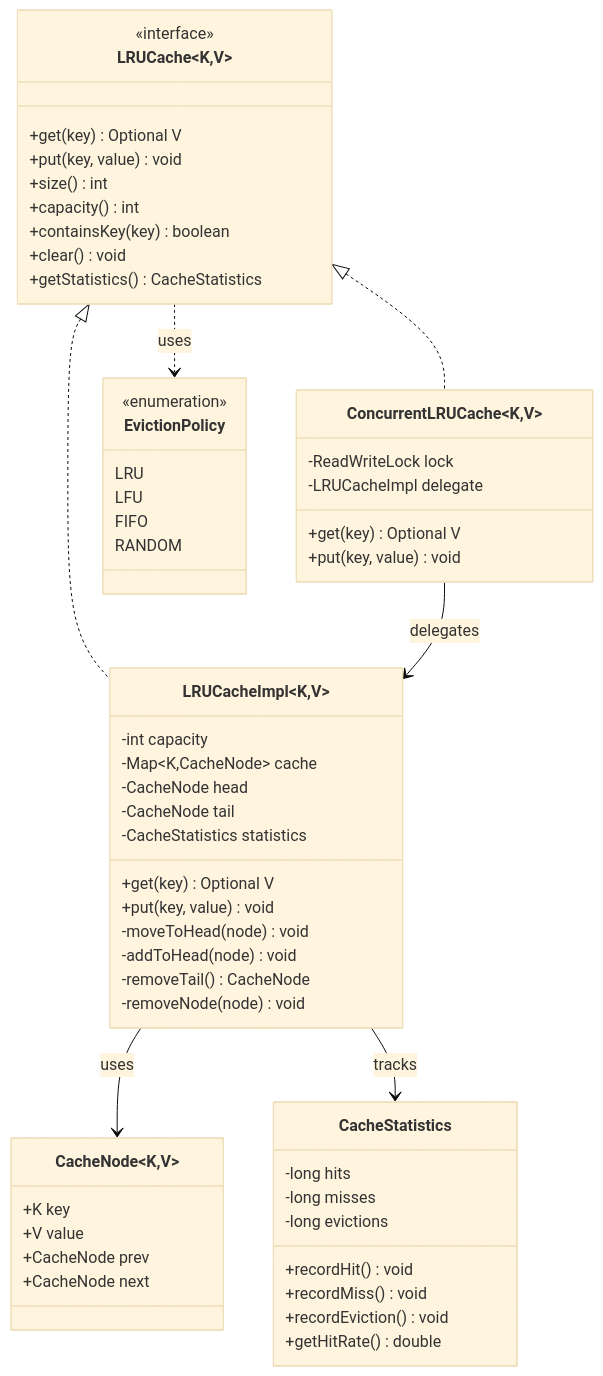
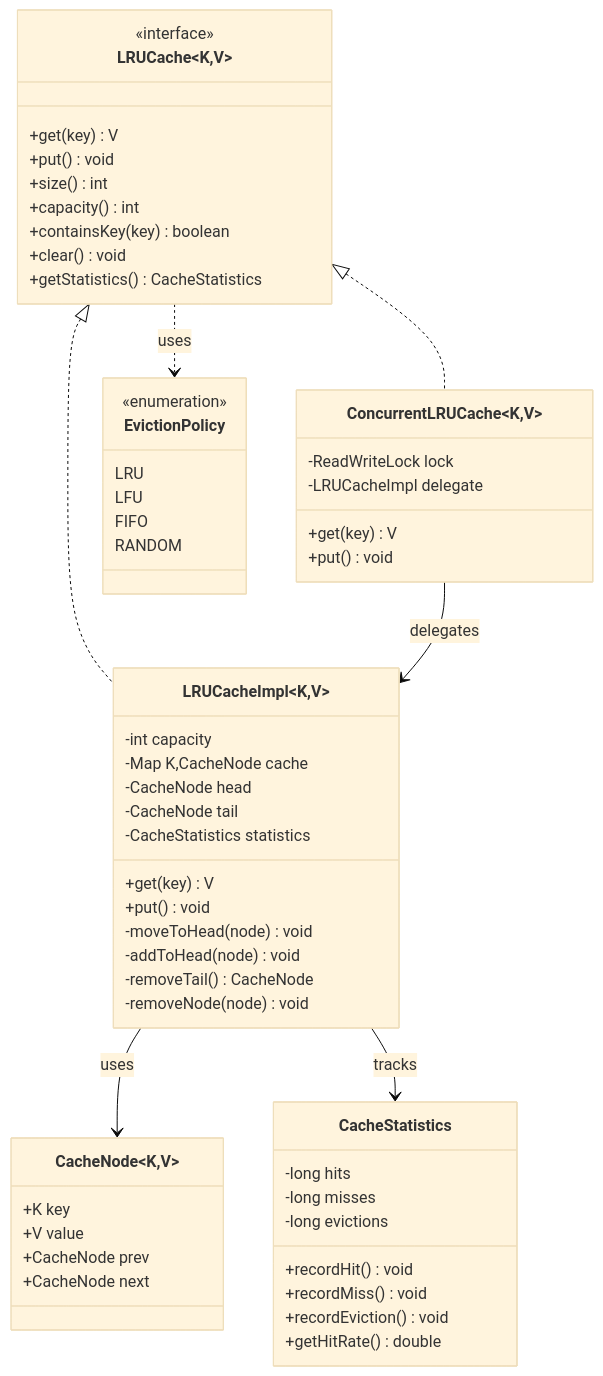
Before and after one commit to dlkr18/lld-playbook: the diagram in docs/problems/lrucache/README.md, drawn with Mermaid (base theme). The commit also changed 29 other files, not shown here.

First line of the commit message:
Fix Mermaid rendering: downgrade to v9, aggressive classDiagram sanitization.

````diff
--- a/docs/problems/lrucache/README.md
+++ b/docs/problems/lrucache/README.md
@@ -85,66 +85,66 @@
 ```mermaid
 classDiagram
     class LRUCache~K,V~ {
         <<interface>>
-        +get(key) Optional V
-        +put(key, value) void
+        +get(key) V
+        +put() void
         +size() int
         +capacity() int
         +containsKey(key) boolean
         +clear() void
         +getStatistics() CacheStatistics
     }
 
     class LRUCacheImpl~K,V~ {
         -int capacity
-        -Map~K,CacheNode~ cache
+        -Map K,CacheNode cache
         -CacheNode head
         -CacheNode tail
         -CacheStatistics statistics
-        +get(key) Optional V
-        +put(key, value) void
+        +get(key) V
+        +put() void
         -moveToHead(node) void
         -addToHead(node) void
         -removeTail() CacheNode
         -removeNode(node) void
     }
 
     class ConcurrentLRUCache~K,V~ {
         -ReadWriteLock lock
         -LRUCacheImpl delegate
-        +get(key) Optional V
-        +put(key, value) void
+        +get(key) V
+        +put() void
     }
 
     class CacheNode~K,V~ {
         +K key
         +V value
         +CacheNode prev
         +CacheNode next
     }
 
     class CacheStatistics {
         -long hits
         -long misses
         -long evictions
         +recordHit() void
         +recordMiss() void
         +recordEviction() void
         +getHitRate() double
     }
 
     class EvictionPolicy {
         <<enumeration>>
         LRU
         LFU
         FIFO
         RANDOM
     }
 
     LRUCache~K,V~ <|.. LRUCacheImpl~K,V~
     LRUCache~K,V~ <|.. ConcurrentLRUCache~K,V~
     LRUCacheImpl~K,V~ --> CacheNode~K,V~ : uses
     LRUCacheImpl~K,V~ --> CacheStatistics : tracks
     ConcurrentLRUCache~K,V~ --> LRUCacheImpl~K,V~ : delegates
     LRUCache~K,V~ ..> EvictionPolicy : uses
 ```
````
